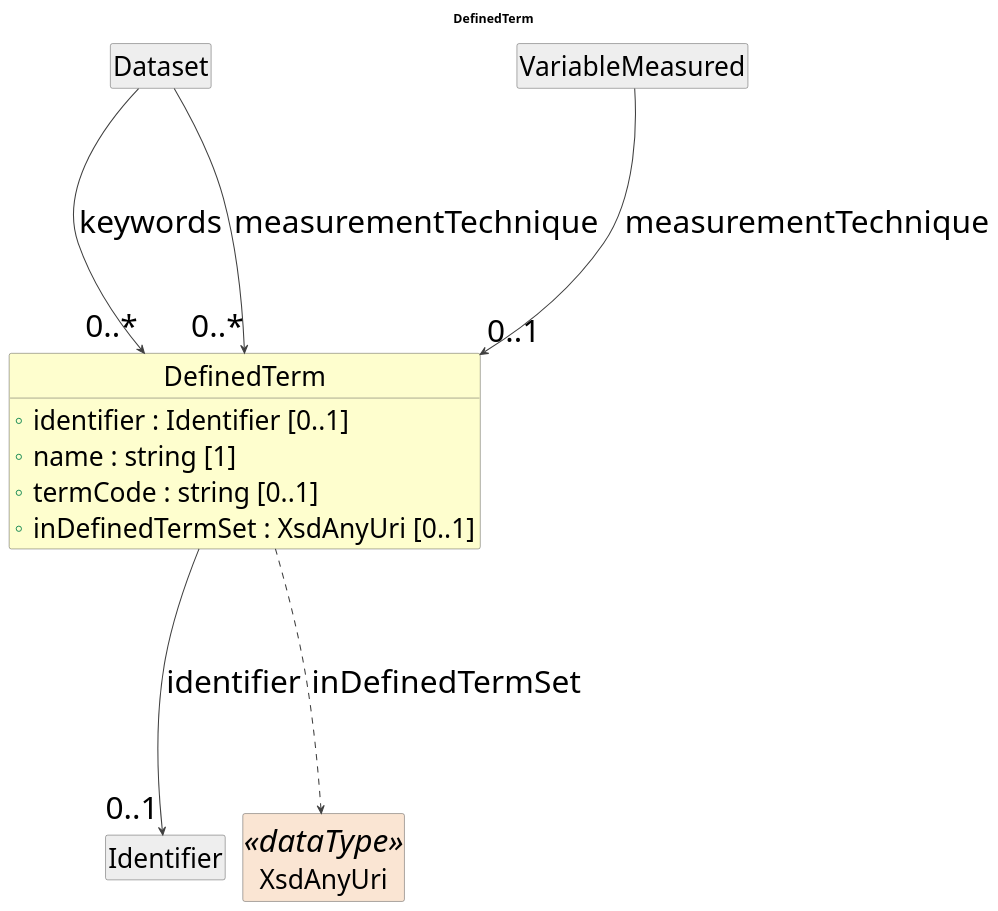
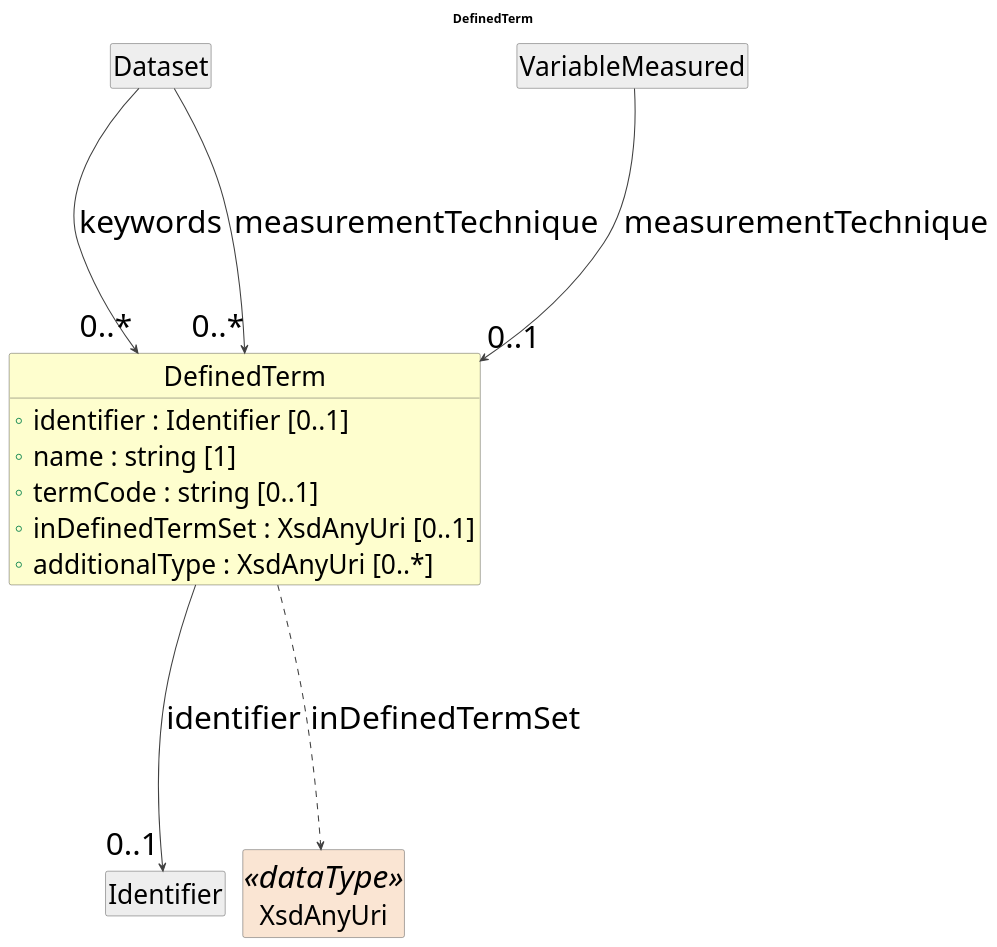
The diagram in cdif-uml-model/_plantuml/discoveryDataDescriptionStructure/Classes/DefinedTerm.pu (Cross-Domain-Interoperability-Framework/metadataBuildingBlocks), drawn with PlantUML before and after one commit. The commit also changed 358 other files, not shown here.

```diff
--- a/cdif-uml-model/_plantuml/discoveryDataDescriptionStructure/Classes/DefinedTerm.pu
+++ b/cdif-uml-model/_plantuml/discoveryDataDescriptionStructure/Classes/DefinedTerm.pu
@@ -1,33 +1,34 @@
 @startuml
 title DefinedTerm
 hide circle
 hide empty members
 skinparam shadowing false
 skinparam ArrowThickness 1.2
 skinparam ranksep 250
 skinparam nodesep 20
 skinparam defaultFontSize 36
 skinparam class {
   ArrowColor #404040
   BorderColor #404040
   FontSize 36
   AttributeFontSize 30
 }
 
 class "DefinedTerm" as DefinedTerm #FEFECE {
   +identifier : Identifier [0..1]
   +name : string [1]
   +termCode : string [0..1]
   +inDefinedTermSet : XsdAnyUri [0..1]
+  +additionalType : XsdAnyUri [0..*]
 }
 class "Dataset" as Dataset #EEEEEE
 Dataset --> "0..*" DefinedTerm : keywords
 Dataset --> "0..*" DefinedTerm : measurementTechnique
 class "VariableMeasured" as VariableMeasured #EEEEEE
 VariableMeasured --> "0..1" DefinedTerm : measurementTechnique
 class "Identifier" as Identifier #EEEEEE
 DefinedTerm --> "0..1" Identifier : identifier
 class "XsdAnyUri" as XsdAnyUri <<dataType>> #FAE5D3
 DefinedTerm ..> XsdAnyUri : inDefinedTermSet
 
 @enduml
```
